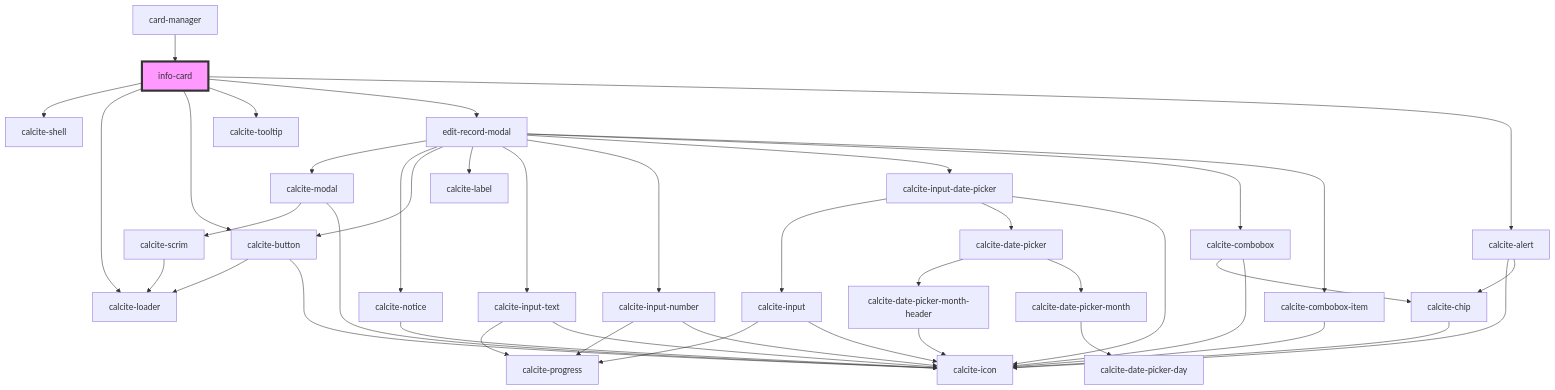
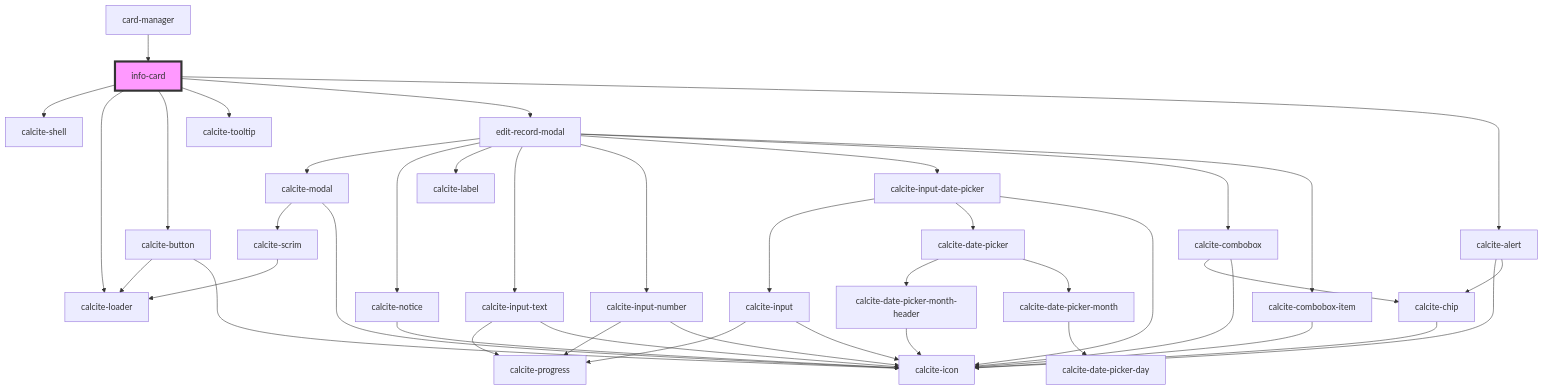
Before and after one commit to Esri/solutions-components: the diagram in src/components/info-card/readme.md, drawn with Mermaid. The commit also changed 5 other files, not shown here.

````diff
--- a/src/components/info-card/readme.md
+++ b/src/components/info-card/readme.md
@@ -46,45 +46,44 @@
 ```mermaid
 graph TD;
   info-card --> calcite-shell
   info-card --> calcite-loader
   info-card --> calcite-button
   info-card --> calcite-tooltip
   info-card --> edit-record-modal
   info-card --> calcite-alert
   calcite-button --> calcite-loader
   calcite-button --> calcite-icon
   edit-record-modal --> calcite-modal
   edit-record-modal --> calcite-notice
-  edit-record-modal --> calcite-button
   edit-record-modal --> calcite-label
   edit-record-modal --> calcite-input-text
   edit-record-modal --> calcite-input-number
   edit-record-modal --> calcite-input-date-picker
   edit-record-modal --> calcite-combobox
   edit-record-modal --> calcite-combobox-item
   calcite-modal --> calcite-scrim
   calcite-modal --> calcite-icon
   calcite-scrim --> calcite-loader
   calcite-notice --> calcite-icon
   calcite-input-text --> calcite-progress
   calcite-input-text --> calcite-icon
   calcite-input-number --> calcite-progress
   calcite-input-number --> calcite-icon
   calcite-input-date-picker --> calcite-input
   calcite-input-date-picker --> calcite-date-picker
   calcite-input-date-picker --> calcite-icon
   calcite-input --> calcite-progress
   calcite-input --> calcite-icon
   calcite-date-picker --> calcite-date-picker-month-header
   calcite-date-picker --> calcite-date-picker-month
   calcite-date-picker-month-header --> calcite-icon
   calcite-date-picker-month --> calcite-date-picker-day
   calcite-combobox --> calcite-chip
   calcite-combobox --> calcite-icon
   calcite-chip --> calcite-icon
   calcite-combobox-item --> calcite-icon
   calcite-alert --> calcite-icon
   calcite-alert --> calcite-chip
   card-manager --> info-card
   style info-card fill:#f9f,stroke:#333,stroke-width:4px
 ```
````
